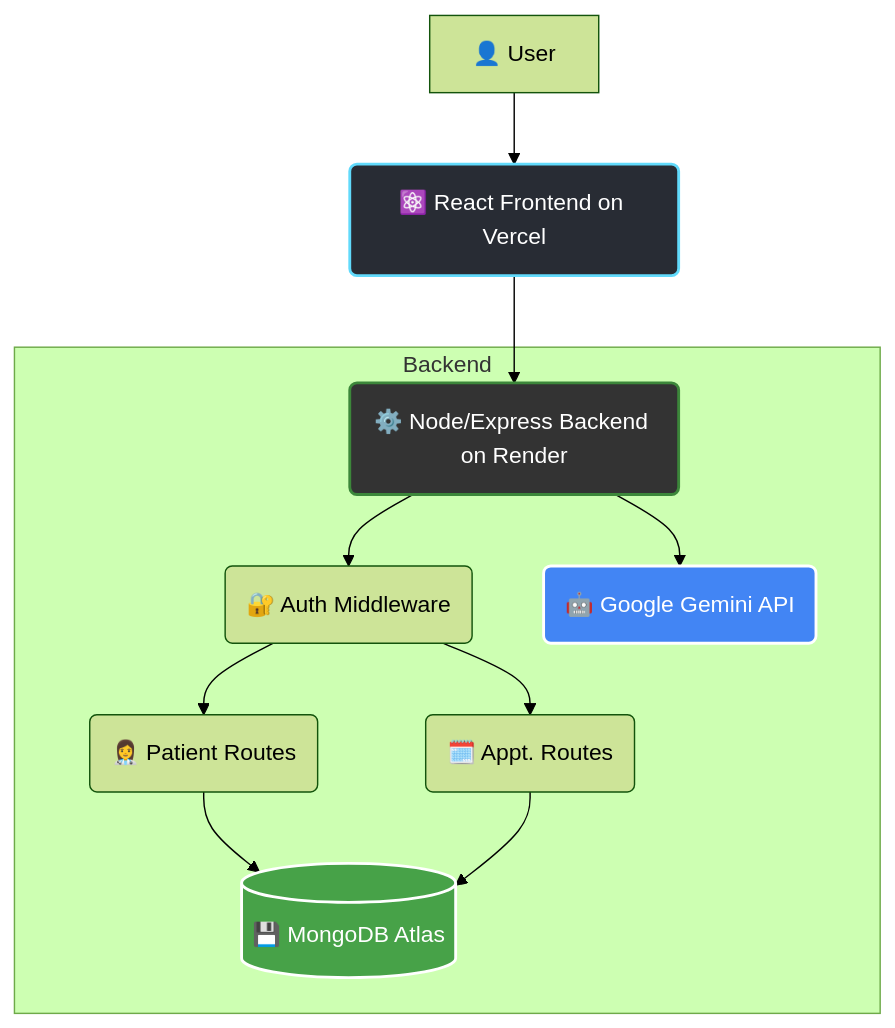
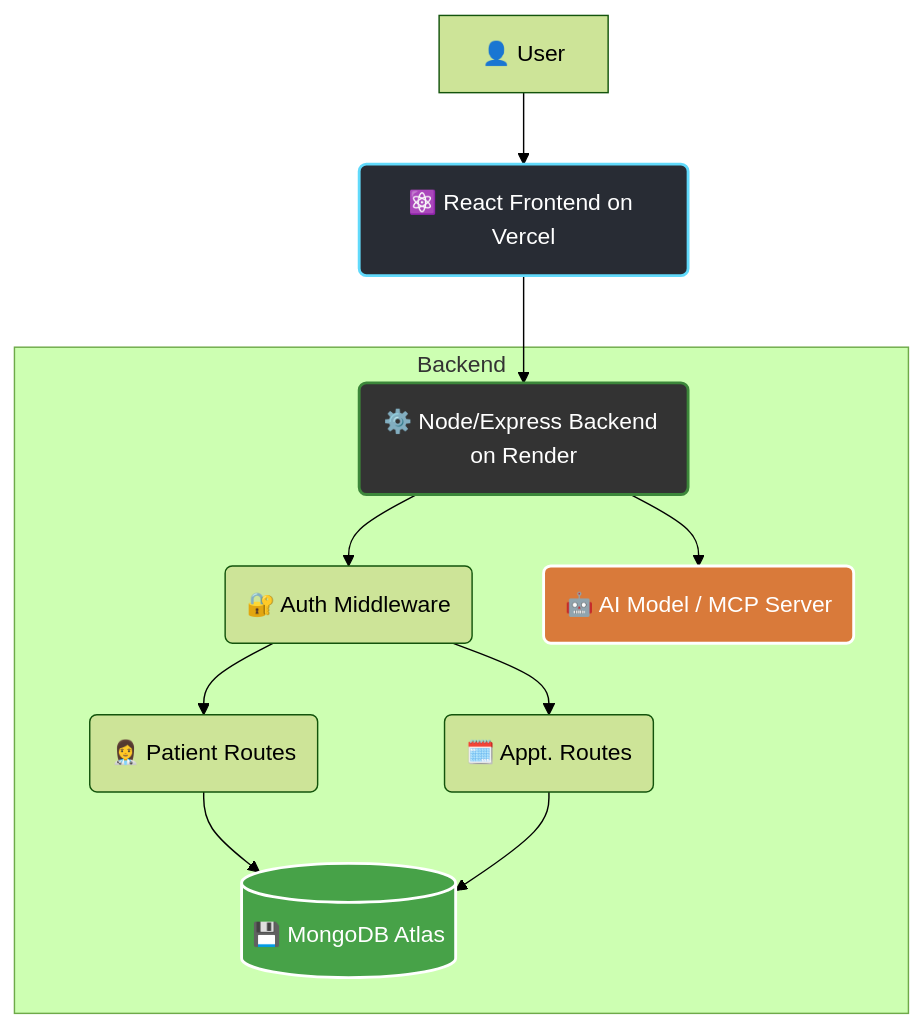
Before and after one commit to Sankalpa-01/NerveConnect: the diagram in README.md, drawn with Mermaid (forest theme). The commit also changed other lines of this file, not shown here.

````diff
--- a/README.md
+++ b/README.md
@@ -41,21 +58,19 @@
 ```mermaid
 graph TD
     User[👤 User] --> FE(⚛️ React Frontend on Vercel);
     FE --> BE(⚙️ Node/Express Backend on Render);
     
-    
     subgraph Backend
         BE --> Auth(🔐 Auth Middleware);
         Auth --> Patients(👩‍⚕️ Patient Routes);
         Auth --> Appts(🗓️ Appt. Routes);
-        BE --> Gemini(🤖 Google Gemini API);
+        BE --> AI(🤖 AI Model / MCP Server);
         Patients --> DB[(💾 MongoDB Atlas)];
         Appts --> DB[(💾 MongoDB Atlas)];
     end
 
     style FE fill:#282c34,stroke:#61DAFB,stroke-width:2px,color:#fff;
     style BE fill:#333,stroke:#3C873A,stroke-width:2px,color:#fff;
     style DB fill:#47A248,stroke:#fff,stroke-width:2px,color:#fff;
-    style Gemini fill:#4285F4,stroke:#fff,stroke-width:2px,color:#fff;
-
+    style AI fill:#D97A3A,stroke:#fff,stroke-width:2px,color:#fff;
 ```
````
